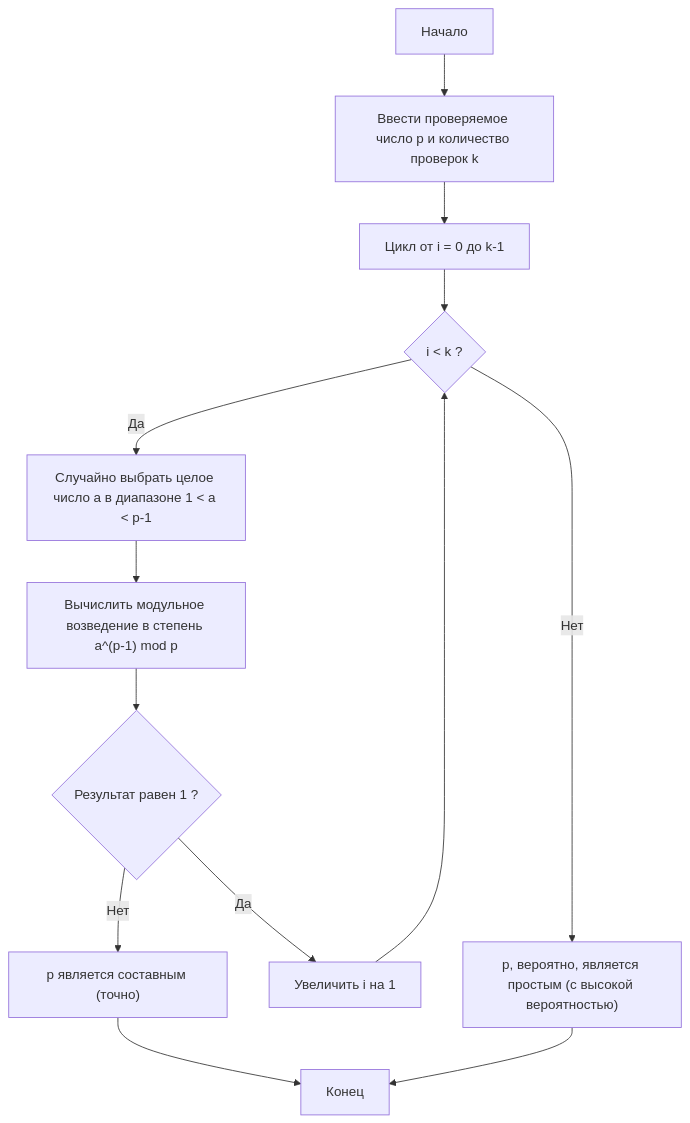
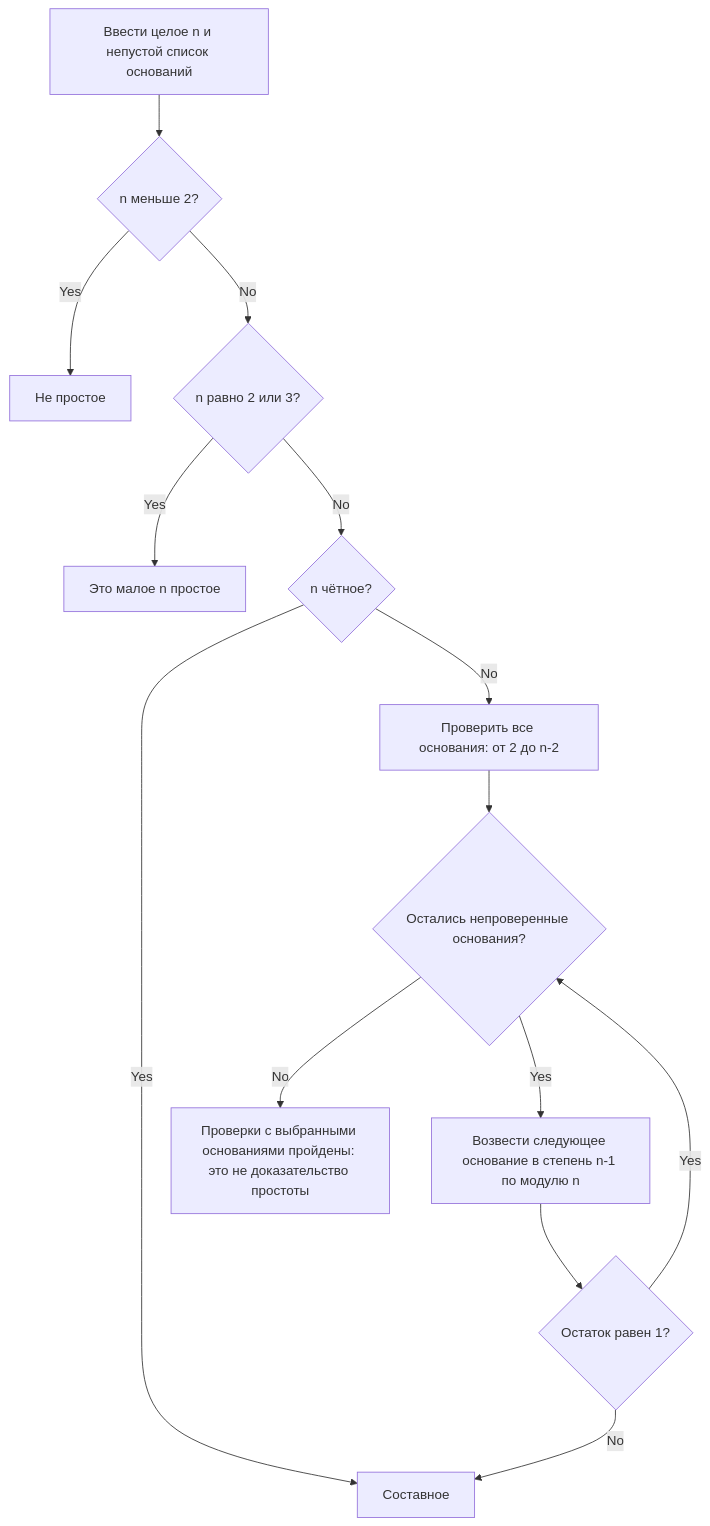
The first of 2 diagrams in content/post/フェルマーの小定理と暗号化/index.ru.md (kenjinote/blog), drawn with Mermaid before and after one commit. The commit also changed other lines of this file and 5 other files, not shown here.

````diff
--- a/content/post/フェルマーの小定理と暗号化/index.ru.md
+++ b/content/post/フェルマーの小定理と暗号化/index.ru.md
@@ -156,15 +70,16 @@
 ```mermaid
 flowchart TD
-    Start["Начало"] --> Input["Ввести проверяемое число p и количество проверок k"]
-    Input --> LoopStart["Цикл от i = 0 до k-1"]
-    LoopStart --> Condition{"i < k ?"}
-    Condition -- Да --> RandomA["Случайно выбрать целое число a в диапазоне 1 < a < p-1"]
-    RandomA --> Calc["Вычислить модульное возведение в степень a^(p-1) mod p"]
-    Calc --> CheckPrime{"Результат равен 1 ?"}
-    CheckPrime -- Нет --> ReturnComposite["p является составным (точно)"]
-    CheckPrime -- Да --> Increment["Увеличить i на 1"]
-    Increment --> Condition
-    Condition -- Нет --> ReturnPrime["p, вероятно, является простым (с высокой вероятностью)"]
-    ReturnComposite --> End["Конец"]
-    ReturnPrime --> End
+    Input["Ввести целое n и непустой список оснований"] --> Small{"n меньше 2?"}
+    Small -- Yes --> NotPrime["Не простое"]
+    Small -- No --> Tiny{"n равно 2 или 3?"}
+    Tiny -- Yes --> Known["Это малое n простое"]
+    Tiny -- No --> Even{"n чётное?"}
+    Even -- Yes --> Composite["Составное"]
+    Even -- No --> Validate["Проверить все основания: от 2 до n-2"]
+    Validate --> Next{"Остались непроверенные основания?"}
+    Next -- Yes --> Power["Возвести следующее основание в степень n-1 по модулю n"]
+    Power --> Check{"Остаток равен 1?"}
+    Check -- No --> Composite
+    Check -- Yes --> Next
+    Next -- No --> Pass["Проверки с выбранными основаниями пройдены: это не доказательство простоты"]
 ```
````
